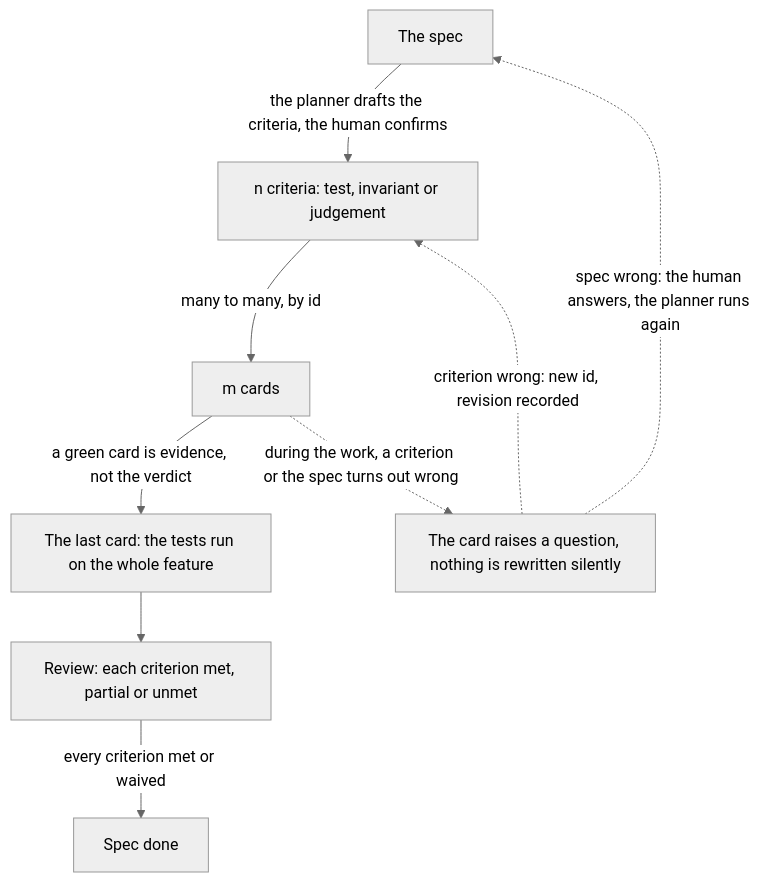
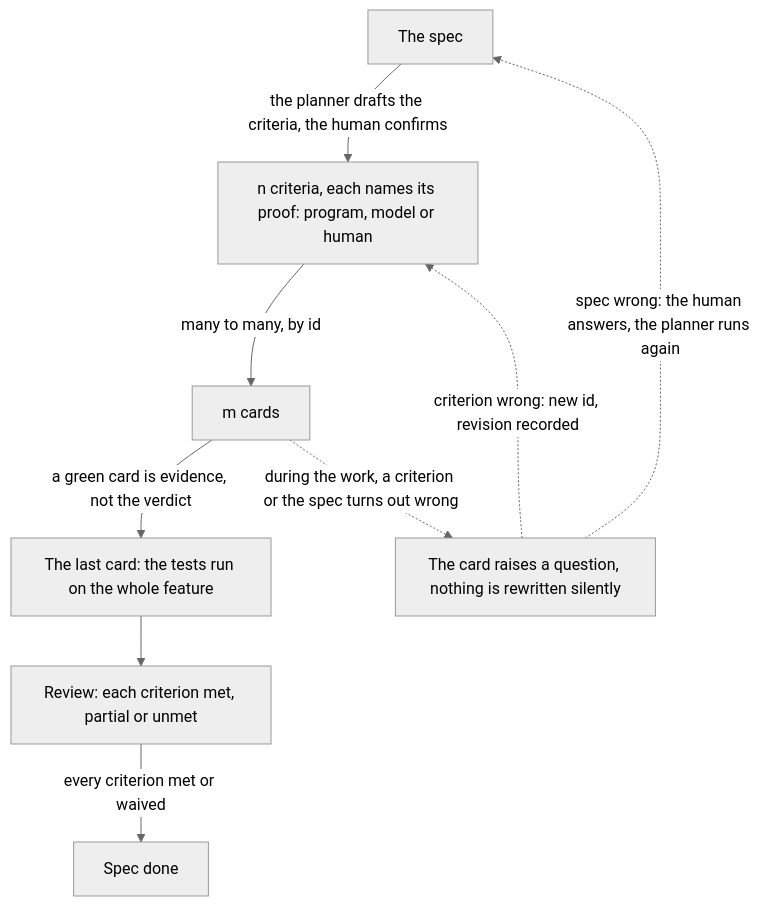
The diagram in docs/spec-intake-concept-2026-10-16.md (sebastianrueckerai/ai-software-factory), drawn with Mermaid (neutral theme) before and after one commit. The commit also changed other lines of this file, not shown here.

Commit message:
docs: make the human a criterion kind in the spec-intake concept

````diff
--- a/docs/spec-intake-concept-2026-10-16.md
+++ b/docs/spec-intake-concept-2026-10-16.md
@@ -9,11 +9,11 @@
 ```mermaid
 flowchart TD
-    spec["The spec"] -->|"the planner drafts the criteria, the human confirms"| crit["n criteria: test, invariant or judgement"]
+    spec["The spec"] -->|"the planner drafts the criteria, the human confirms"| crit["n criteria, each names its proof: program, model or human"]
     crit -->|"many to many, by id"| cards["m cards"]
     cards -->|"a green card is evidence, not the verdict"| last["The last card: the tests run on the whole feature"]
     last --> verdict["Review: each criterion met, partial or unmet"]
     verdict -->|"every criterion met or waived"| done["Spec done"]
     cards -.->|"during the work, a criterion or the spec turns out wrong"| question["The card raises a question, nothing is rewritten silently"]
     question -.->|"criterion wrong: new id, revision recorded"| crit
     question -.->|"spec wrong: the human answers, the planner runs again"| spec
 ```
````
